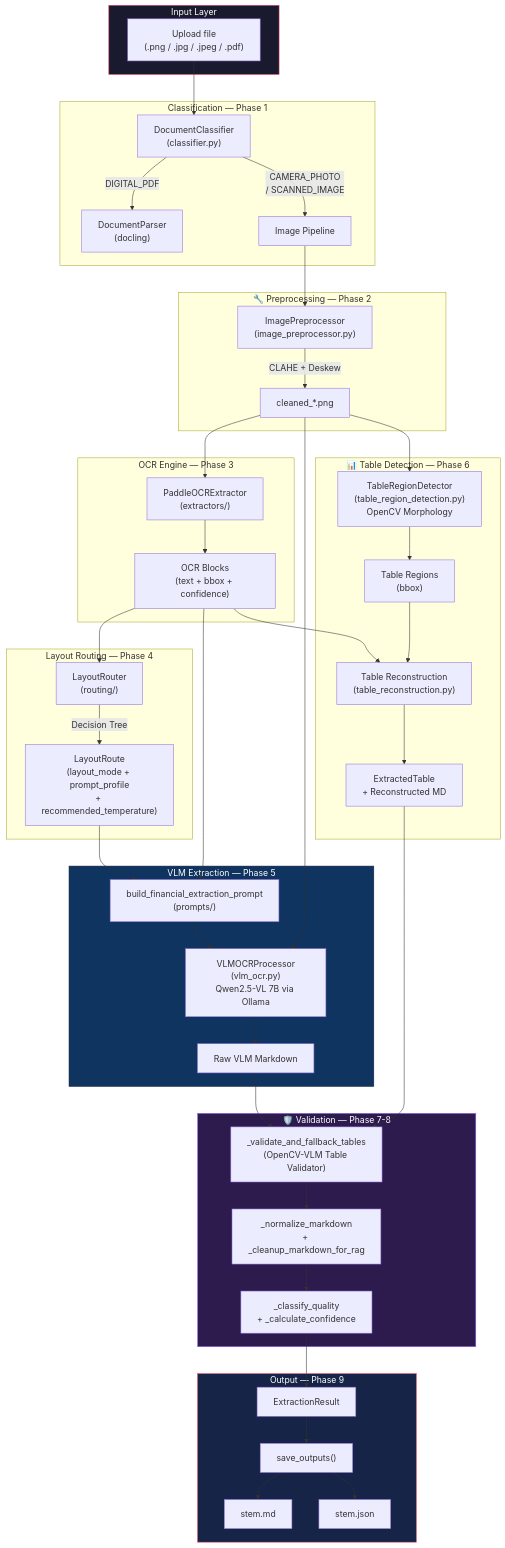
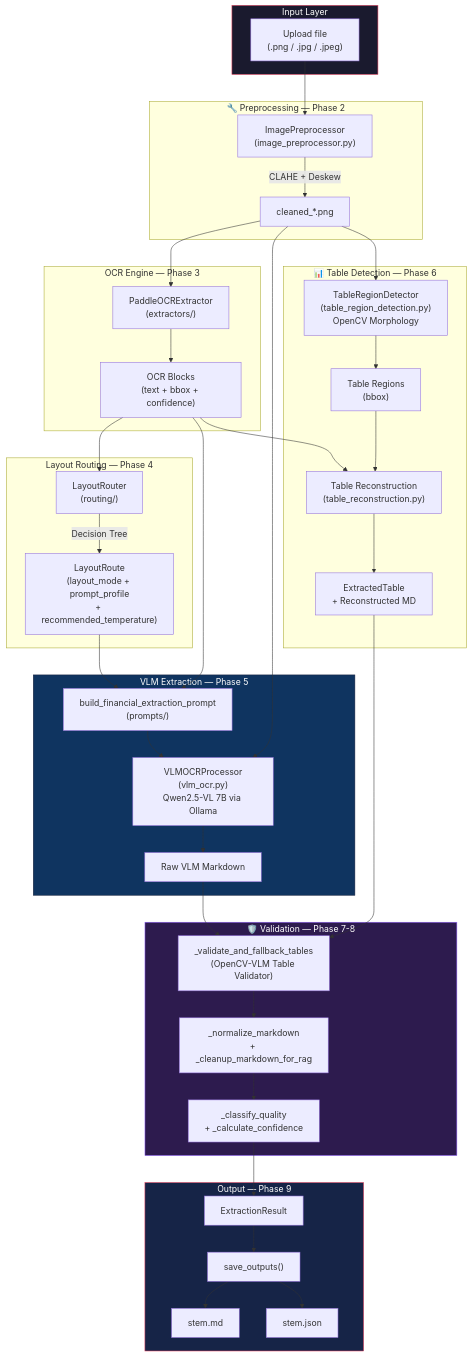
One commit to HoangKhang226/Doc-Anchor-AI changed the second of 2 diagrams in src/ingestion/README.md. Above: the diagram before and after it, drawn with Mermaid. The commit also changed other lines of this file and 46 other files, not shown here.

````diff
--- a/src/ingestion/README.md
+++ b/src/ingestion/README.md
@@ -44,64 +41,58 @@
 ```mermaid
 flowchart TD
     subgraph INPUT[" Input Layer"]
-        A["Upload file\n(.png / .jpg / .jpeg / .pdf)"]
-    end
-
-    subgraph CLASSIFY[" Classification — Phase 1"]
-        B["DocumentClassifier\n(classifier.py)"]
-        B -->|"DIGITAL_PDF"| C1["DocumentParser\n(docling)"]
-        B -->|"CAMERA_PHOTO\n/ SCANNED_IMAGE"| C2["Image Pipeline"]
+        A["Upload file\n(.png / .jpg / .jpeg)"]
     end
 
     subgraph PREPROCESS["🔧 Preprocessing — Phase 2"]
-        C2 --> D["ImagePreprocessor\n(image_preprocessor.py)"]
+        A --> D["ImagePreprocessor\n(image_preprocessor.py)"]
         D -->|"CLAHE + Deskew"| E["cleaned_*.png"]
     end
 
     subgraph OCR_ENGINE[" OCR Engine — Phase 3"]
         E --> F["PaddleOCRExtractor\n(extractors/)"]
         F --> G["OCR Blocks\n(text + bbox + confidence)"]
     end
 
     subgraph ROUTING[" Layout Routing — Phase 4"]
         G --> H["LayoutRouter\n(routing/)"]
         H -->|"Decision Tree"| I["LayoutRoute\n(layout_mode + prompt_profile\n+ recommended_temperature)"]
     end
 
     subgraph TABLE_DETECT["📊 Table Detection — Phase 6"]
         E --> J["TableRegionDetector\n(table_region_detection.py)\nOpenCV Morphology"]
         J --> K["Table Regions\n(bbox)"]
         G --> L["Table Reconstruction\n(table_reconstruction.py)"]
         K --> L
         L --> M["ExtractedTable\n+ Reconstructed MD"]
     end
 
     subgraph VLM[" VLM Extraction — Phase 5"]
         I --> N["build_financial_extraction_prompt\n(prompts/)"]
         G --> N
         N --> O["VLMOCRProcessor\n(vlm_ocr.py)\nQwen2.5-VL 7B via Ollama"]
         E --> O
         O --> P["Raw VLM Markdown"]
     end
 
     subgraph VALIDATE["🛡️ Validation — Phase 7-8"]
         P --> Q["_validate_and_fallback_tables\n(OpenCV-VLM Table Validator)"]
         M --> Q
         Q --> R["_normalize_markdown\n+ _cleanup_markdown_for_rag"]
         R --> S["_classify_quality\n+ _calculate_confidence"]
     end
 
     subgraph OUTPUT[" Output — Phase 9"]
         S --> W["ExtractionResult"]
         W --> X["save_outputs()"]
         X --> Y[" stem.md"]
         X --> Z[" stem.json"]
     end
 
-    A --> B
+
 
     style INPUT fill:#1a1a2e,stroke:#e94560,color:#fff
     style VLM fill:#0f3460,stroke:#16213e,color:#fff
     style OUTPUT fill:#162447,stroke:#e94560,color:#fff
     style VALIDATE fill:#2d1b4e,stroke:#8b5cf6,color:#fff
 ```
````
